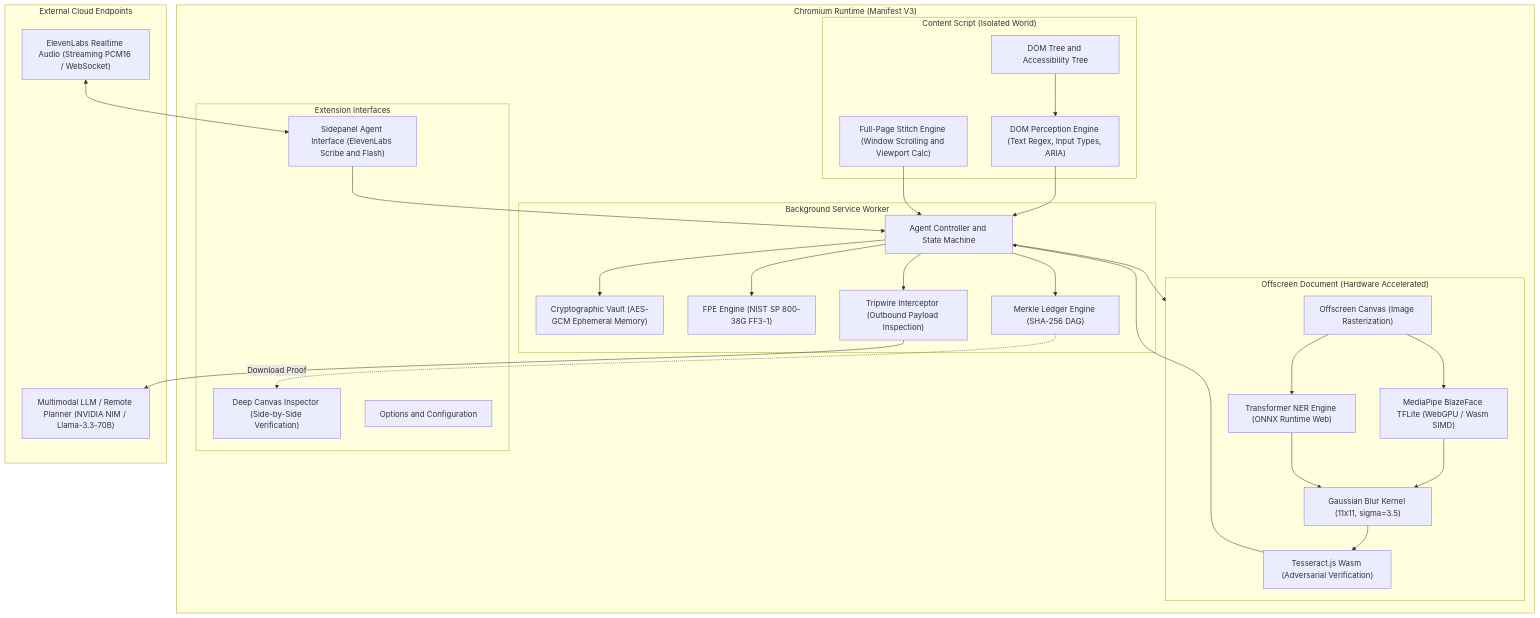
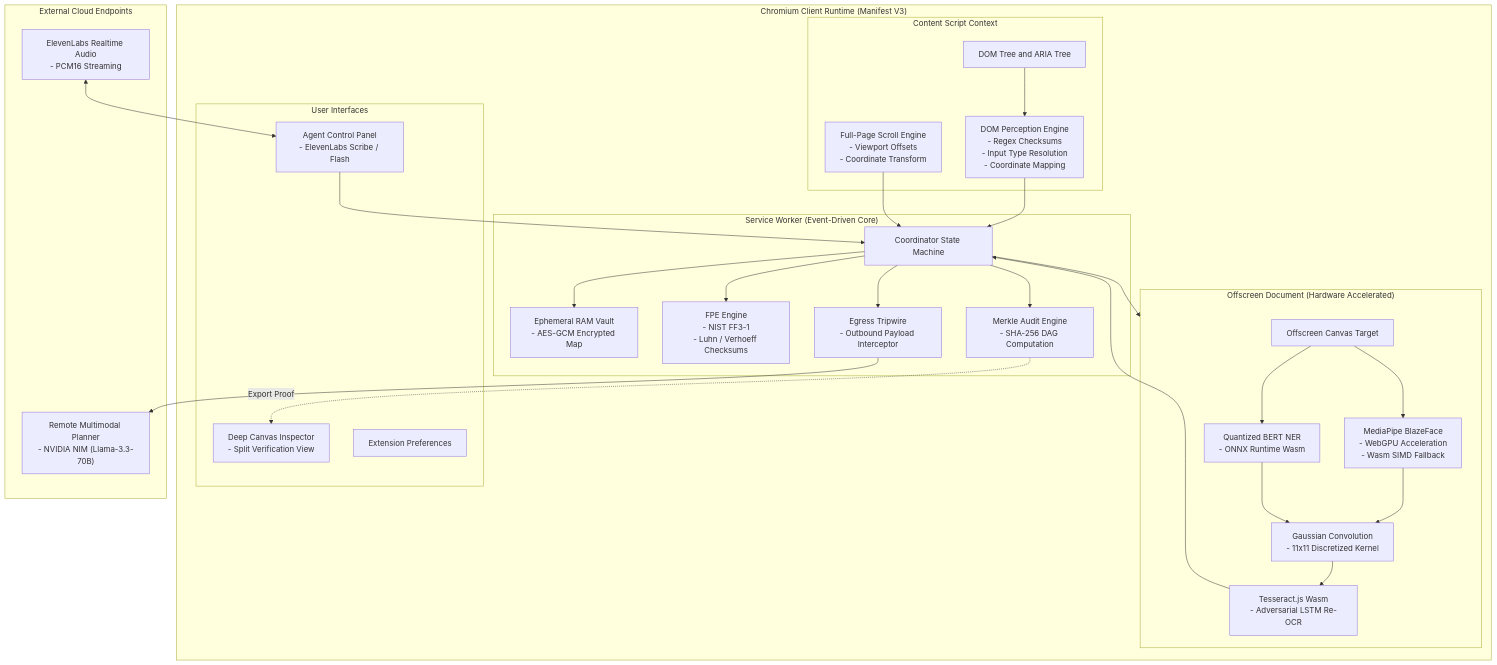
One commit to shashank-tomar0/pry changed the first of 4 diagrams in README.md. Above: the diagram before and after it, drawn with Mermaid. The commit also changed other lines of this file, not shown here.

Commit message:
docs: add detailed TOC, architectural threat model, and zero-emoji specs

````diff
--- a/README.md
+++ b/README.md
@@ -27,56 +96,56 @@
 ```mermaid
 flowchart TD
-    subgraph BrowserContext["Chromium Runtime (Manifest V3)"]
-        subgraph ContentScript["Content Script (Isolated World)"]
-            DOM["DOM Tree and Accessibility Tree"]
-            DOMPerception["DOM Perception Engine (Text Regex, Input Types, ARIA)"]
-            FullPage["Full-Page Stitch Engine (Window Scrolling and Viewport Calc)"]
+    subgraph ClientBrowser["Chromium Client Runtime (Manifest V3)"]
+        subgraph IsolatedWorld["Content Script Context"]
+            DOM["DOM Tree and ARIA Tree"]
+            DOMScanner["DOM Perception Engine\n- Regex Checksums\n- Input Type Resolution\n- Coordinate Mapping"]
+            Stitcher["Full-Page Scroll Engine\n- Viewport Offsets\n- Coordinate Transform"]
         end
 
-        subgraph ServiceWorker["Background Service Worker"]
-            Controller["Agent Controller and State Machine"]
-            Vault["Cryptographic Vault (AES-GCM Ephemeral Memory)"]
-            FPE["FPE Engine (NIST SP 800-38G FF3-1)"]
-            Ledger["Merkle Ledger Engine (SHA-256 DAG)"]
-            Tripwire["Tripwire Interceptor (Outbound Payload Inspection)"]
+        subgraph BackgroundSW["Service Worker (Event-Driven Core)"]
+            Controller["Coordinator State Machine"]
+            Vault["Ephemeral RAM Vault\n- AES-GCM Encrypted Map"]
+            FPE["FPE Engine\n- NIST FF3-1\n- Luhn / Verhoeff Checksums"]
+            Merkle["Merkle Audit Engine\n- SHA-256 DAG Computation"]
+            Tripwire["Egress Tripwire\n- Outbound Payload Interceptor"]
         end
 
-        subgraph OffscreenDoc["Offscreen Document (Hardware Accelerated)"]
-            Capture["Offscreen Canvas (Image Rasterization)"]
-            BlazeFace["MediaPipe BlazeFace TFLite (WebGPU / Wasm SIMD)"]
-            NER["Transformer NER Engine (ONNX Runtime Web)"]
-            Blur["Gaussian Blur Kernel (11x11, sigma=3.5)"]
-            AdversarialOCR["Tesseract.js Wasm (Adversarial Verification)"]
+        subgraph OffscreenEnv["Offscreen Document (Hardware Accelerated)"]
+            Canvas["Offscreen Canvas Target"]
+            BlazeFace["MediaPipe BlazeFace\n- WebGPU Acceleration\n- Wasm SIMD Fallback"]
+            BERT["Quantized BERT NER\n- ONNX Runtime Wasm"]
+            Convolution["Gaussian Convolution\n- 11x11 Discretized Kernel"]
+            AdversarialOCR["Tesseract.js Wasm\n- Adversarial LSTM Re-OCR"]
         end
 
-        subgraph UI["Extension Interfaces"]
-            Sidepanel["Sidepanel Agent Interface (ElevenLabs Scribe and Flash)"]
-            Inspector["Deep Canvas Inspector (Side-by-Side Verification)"]
-            Options["Options and Configuration"]
+        subgraph UserInterfaces["User Interfaces"]
+            Sidepanel["Agent Control Panel\n- ElevenLabs Scribe / Flash"]
+            Inspector["Deep Canvas Inspector\n- Split Verification View"]
+            Options["Extension Preferences"]
         end
     end
 
-    subgraph ExternalServices["External Cloud Endpoints"]
-        LLMPlanner["Multimodal LLM / Remote Planner (NVIDIA NIM / Llama-3.3-70B)"]
-        ElevenLabsAPI["ElevenLabs Realtime Audio (Streaming PCM16 / WebSocket)"]
+    subgraph ExternalCloud["External Cloud Endpoints"]
+        InferenceAPI["Remote Multimodal Planner\n- NVIDIA NIM (Llama-3.3-70B)"]
+        VoiceAPI["ElevenLabs Realtime Audio\n- PCM16 Streaming"]
     end
 
-    DOM --> DOMPerception
-    DOMPerception --> Controller
-    FullPage --> Controller
-    Controller --> OffscreenDoc
-    Capture --> BlazeFace
-    Capture --> NER
-    BlazeFace --> Blur
-    NER --> Blur
-    Blur --> AdversarialOCR
+    DOM --> DOMScanner
+    DOMScanner --> Controller
+    Stitcher --> Controller
+    Controller --> OffscreenEnv
+    Canvas --> BlazeFace
+    Canvas --> BERT
+    BlazeFace --> Convolution
+    BERT --> Convolution
+    Convolution --> AdversarialOCR
     AdversarialOCR --> Controller
     Controller --> Vault
     Controller --> FPE
-    Controller --> Ledger
+    Controller --> Merkle
     Controller --> Tripwire
-    Tripwire --> LLMPlanner
+    Tripwire --> InferenceAPI
     Sidepanel --> Controller
-    ElevenLabsAPI <--> Sidepanel
-    Ledger -. Download Proof .-> Inspector
+    VoiceAPI <--> Sidepanel
+    Merkle -. Export Proof .-> Inspector
 ```
````
